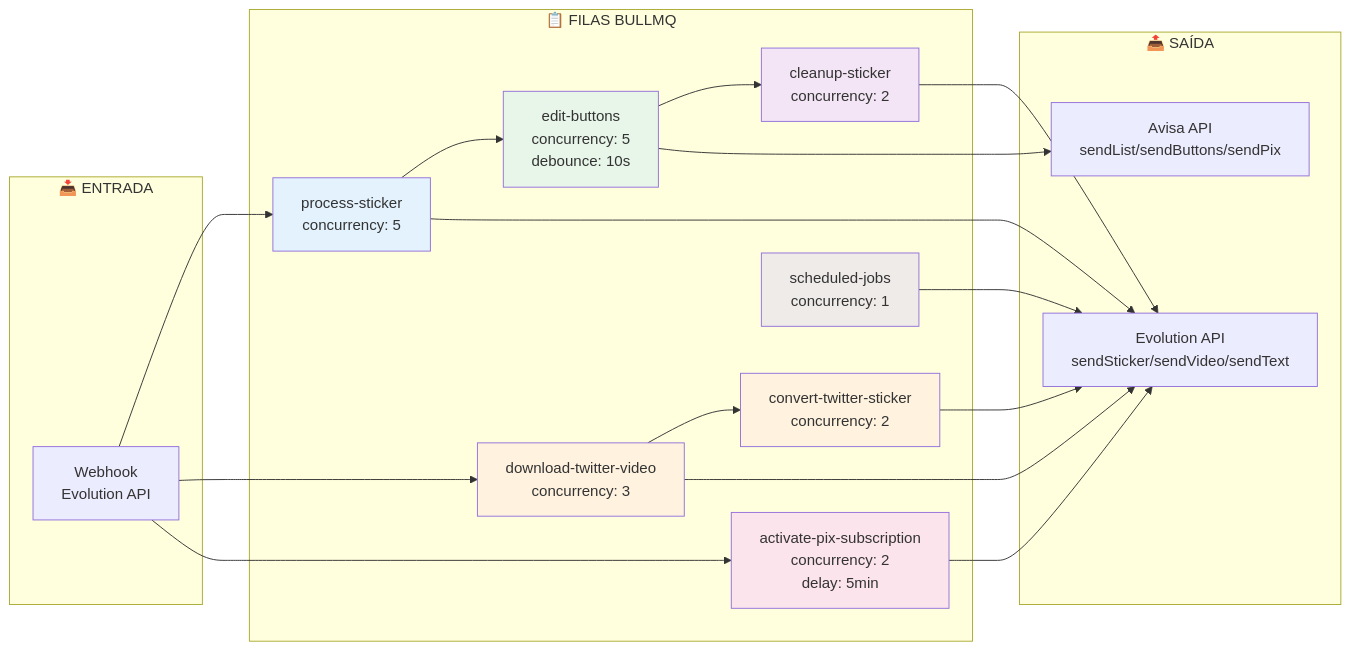
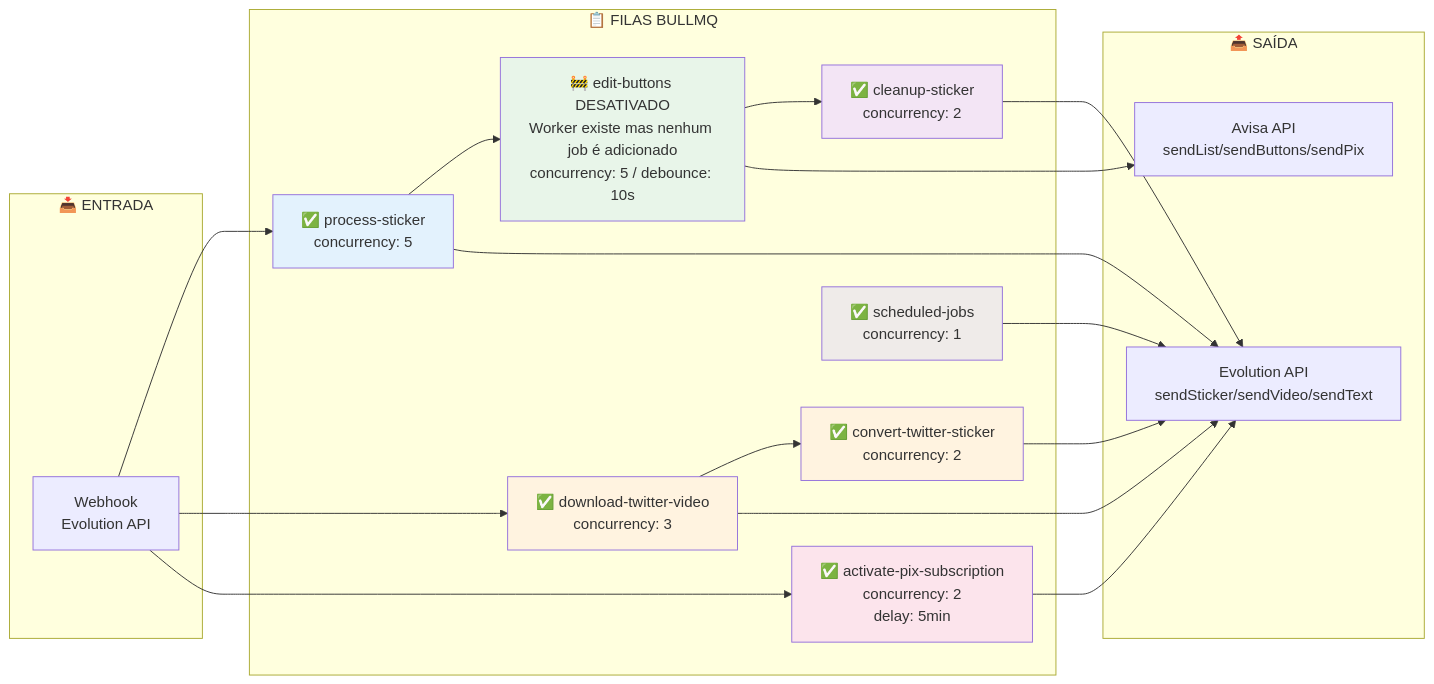
Before and after one commit to reisspaulo/sticker: the eighth of 21 diagrams in docs/architecture/FLOWCHARTS.md, drawn with Mermaid. The commit also changed other lines of this file, not shown here.

First line of the commit message:
docs: add status indicators to FLOWCHARTS.md (active vs disabled flows)

````diff
--- a/docs/architecture/FLOWCHARTS.md
+++ b/docs/architecture/FLOWCHARTS.md
@@ -388,45 +424,45 @@
 ```mermaid
 flowchart LR
     subgraph entrada["📥 ENTRADA"]
         WH[Webhook<br/>Evolution API]
     end
 
     subgraph filas["📋 FILAS BULLMQ"]
-        Q1[process-sticker<br/>concurrency: 5]
-        Q2[download-twitter-video<br/>concurrency: 3]
-        Q3[convert-twitter-sticker<br/>concurrency: 2]
-        Q4[cleanup-sticker<br/>concurrency: 2]
-        Q5[edit-buttons<br/>concurrency: 5<br/>debounce: 10s]
-        Q6[activate-pix-subscription<br/>concurrency: 2<br/>delay: 5min]
-        Q7[scheduled-jobs<br/>concurrency: 1]
+        Q1[✅ process-sticker<br/>concurrency: 5]
+        Q2[✅ download-twitter-video<br/>concurrency: 3]
+        Q3[✅ convert-twitter-sticker<br/>concurrency: 2]
+        Q4[✅ cleanup-sticker<br/>concurrency: 2]
+        Q5[🚧 edit-buttons DESATIVADO<br/>Worker existe mas nenhum job é adicionado<br/>concurrency: 5 / debounce: 10s]
+        Q6[✅ activate-pix-subscription<br/>concurrency: 2<br/>delay: 5min]
+        Q7[✅ scheduled-jobs<br/>concurrency: 1]
     end
 
     subgraph saida["📤 SAÍDA"]
         EV[Evolution API<br/>sendSticker/sendVideo/sendText]
         AV[Avisa API<br/>sendList/sendButtons/sendPix]
     end
 
     WH --> Q1
     WH --> Q2
     WH --> Q6
 
     Q1 --> Q5
     Q2 --> Q3
     Q5 --> Q4
 
     Q1 --> EV
     Q2 --> EV
     Q3 --> EV
     Q4 --> EV
     Q5 --> AV
     Q6 --> EV
     Q7 --> EV
 
     style Q1 fill:#e3f2fd
     style Q2 fill:#fff3e0
     style Q3 fill:#fff3e0
     style Q4 fill:#f3e5f5
     style Q5 fill:#e8f5e9
     style Q6 fill:#fce4ec
     style Q7 fill:#efebe9
 ```
````
